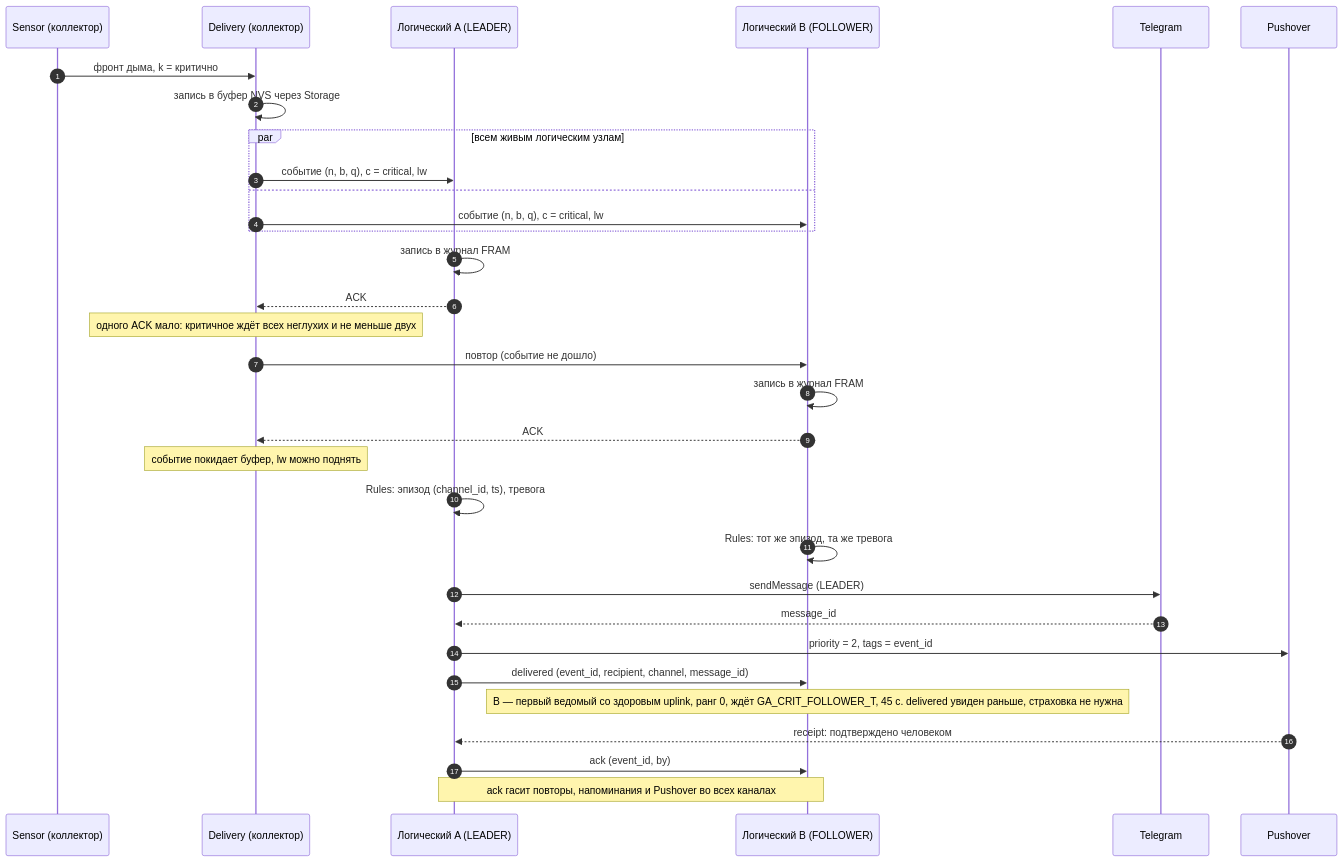
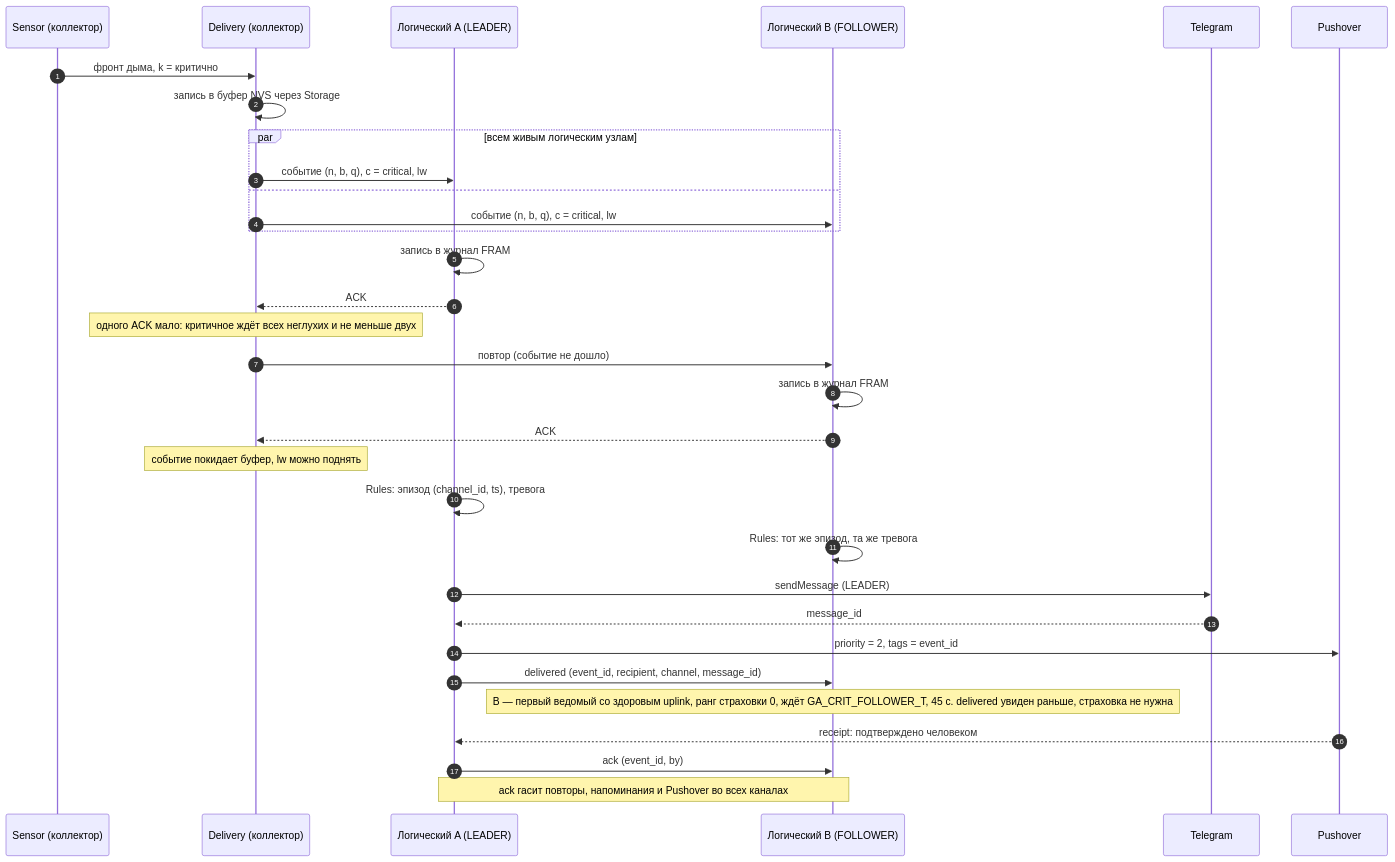
One commit to wol-micro/garageAlarms2.0 changed the third of 8 diagrams in _bmad-output/planning-artifacts/protocols-reference/garageAlarms2-протоколы.md. Above: the diagram before and after it, drawn with Mermaid. The commit also changed other lines of this file and 3 other files, not shown here.

````diff
--- a/_bmad-output/planning-artifacts/protocols-reference/garageAlarms2-протоколы.md
+++ b/_bmad-output/planning-artifacts/protocols-reference/garageAlarms2-протоколы.md
@@ -386,34 +386,34 @@
 ```mermaid
 sequenceDiagram
   autonumber
   participant S as Sensor (коллектор)
   participant D as Delivery (коллектор)
   participant A as Логический A (LEADER)
   participant B as Логический B (FOLLOWER)
   participant TG as Telegram
   participant PO as Pushover
   S->>D: фронт дыма, k = критично
   D->>D: запись в буфер NVS через Storage
   par всем живым логическим узлам
     D->>A: событие (n, b, q), c = critical, lw
   and
     D->>B: событие (n, b, q), c = critical, lw
   end
   A->>A: запись в журнал FRAM
   A-->>D: ACK
   Note over D: одного ACK мало: критичное ждёт всех неглухих и не меньше двух
   D->>B: повтор (событие не дошло)
   B->>B: запись в журнал FRAM
   B-->>D: ACK
   Note over D: событие покидает буфер, lw можно поднять
   A->>A: Rules: эпизод (channel_id, ts), тревога
   B->>B: Rules: тот же эпизод, та же тревога
   A->>TG: sendMessage (LEADER)
   TG-->>A: message_id
   A->>PO: priority = 2, tags = event_id
   A->>B: delivered (event_id, recipient, channel, message_id)
-  Note over B: B — первый ведомый со здоровым uplink, ранг 0, ждёт GA_CRIT_FOLLOWER_T, 45 с. delivered увиден раньше, страховка не нужна
+  Note over B: B — первый ведомый со здоровым uplink, ранг страховки 0, ждёт GA_CRIT_FOLLOWER_T, 45 с. delivered увиден раньше, страховка не нужна
   PO-->>A: receipt: подтверждено человеком
   A->>B: ack (event_id, by)
   Note over A,B: ack гасит повторы, напоминания и Pushover во всех каналах
 ```
````
